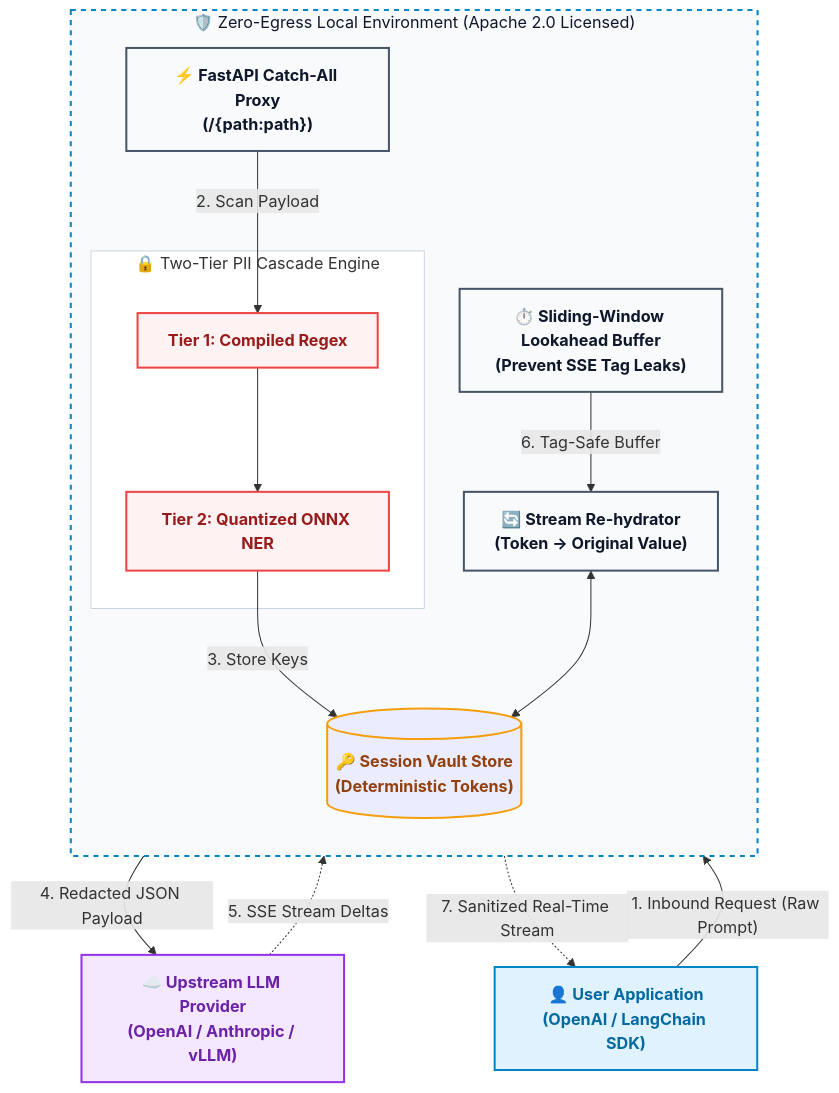
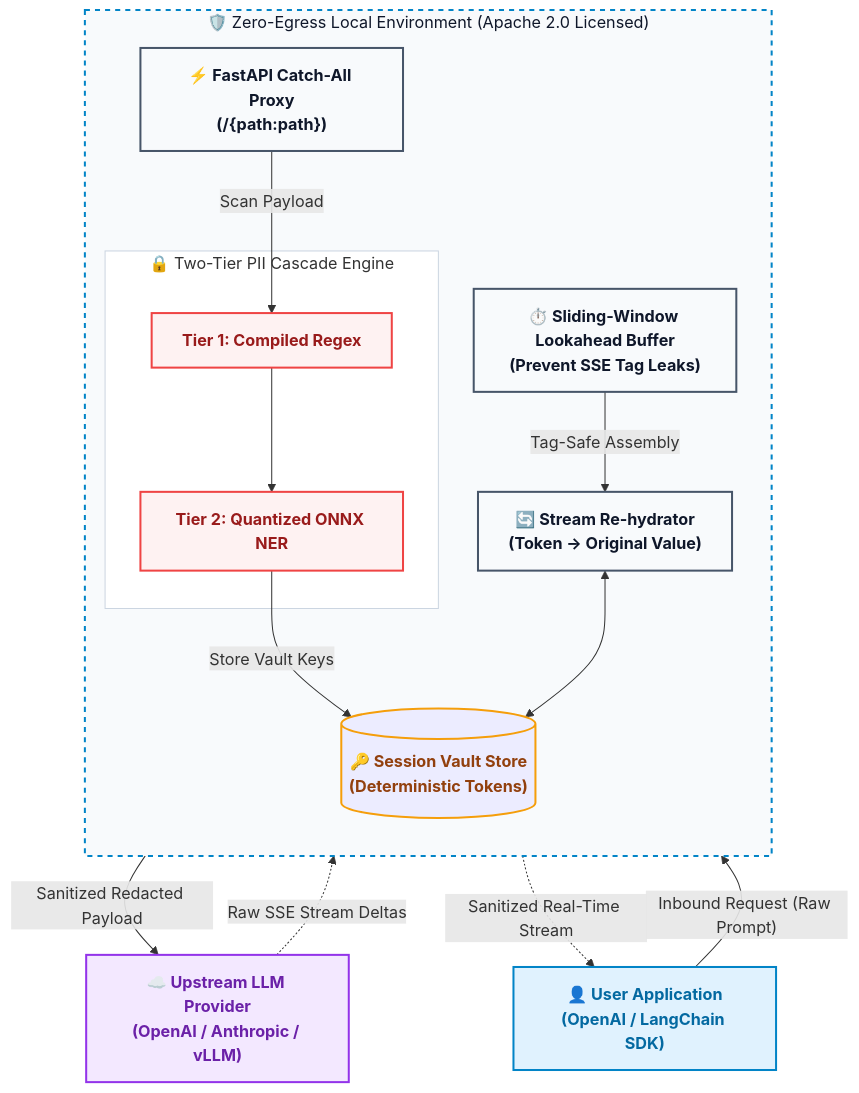
The diagram in README.md (ninadphalak/LLM-Shield-Proxy), drawn with Mermaid before and after one commit.

Commit message:
docs: clean up Mermaid diagram edge labels to prevent text truncation

````diff
--- a/README.md
+++ b/README.md
@@ -17,42 +17,42 @@
 ```mermaid
 flowchart TD
     classDef client fill:#e0f2fe,stroke:#0284c7,stroke-width:2px,color:#0369a1,font-weight:bold;
     classDef proxyEngine fill:#f8fafc,stroke:#475569,stroke-width:2px,color:#0f172a,font-weight:bold;
     classDef piiSecurity fill:#fef2f2,stroke:#ef4444,stroke-width:2px,color:#991b1b,font-weight:bold;
     classDef vault fill:#fffbebe,stroke:#f59e0b,stroke-width:2px,color:#92400e,font-weight:bold;
     classDef upstream fill:#f3e8ff,stroke:#9333ea,stroke-width:2px,color:#6b21a8,font-weight:bold;
 
     UserApp["👤 User Application\n(OpenAI / LangChain SDK)"]:::client
 
     subgraph SecurityMoat ["🛡️ Zero-Egress Local Environment (Apache 2.0 Licensed)"]
         direction TD
         FastAPIProxy["⚡ FastAPI Catch-All Proxy\n(/{path:path})"]:::proxyEngine
 
         subgraph CascadeEngine ["🔒 Two-Tier PII Cascade Engine"]
             Tier1["Tier 1: Compiled Regex"]:::piiSecurity
             Tier2["Tier 2: Quantized ONNX NER"]:::piiSecurity
             Tier1 --> Tier2
         end
 
         VaultStore[("🔑 Session Vault Store\n(Deterministic Tokens)")]:::vault
         LookaheadBuffer["⏱️ Sliding-Window Lookahead Buffer\n(Prevent SSE Tag Leaks)"]:::proxyEngine
         Rehydrator["🔄 Stream Re-hydrator\n(Token -> Original Value)"]:::proxyEngine
     end
 
     UpstreamLLM["☁️ Upstream LLM Provider\n(OpenAI / Anthropic / vLLM)"]:::upstream
 
     %% Inbound Flow (Prompt Sanitization)
-    UserApp -- "1. Inbound Request (Raw Prompt)" --> FastAPIProxy
-    FastAPIProxy -- "2. Scan Payload" --> Tier1
-    Tier2 -- "3. Store Keys" --> VaultStore
-    Tier2 -- "4. Redacted JSON Payload" --> UpstreamLLM
+    UserApp -- "Inbound Request (Raw Prompt)" --> FastAPIProxy
+    FastAPIProxy -- "Scan Payload" --> Tier1
+    Tier2 -- "Store Vault Keys" --> VaultStore
+    Tier2 -- "Sanitized Redacted Payload" --> UpstreamLLM
 
     %% Outbound Flow (Streaming De-redaction)
-    UpstreamLLM -. "5. SSE Stream Deltas" .-> LookaheadBuffer
-    LookaheadBuffer -- "6. Tag-Safe Buffer" --> Rehydrator
+    UpstreamLLM -. "Raw SSE Stream Deltas" .-> LookaheadBuffer
+    LookaheadBuffer -- "Tag-Safe Assembly" --> Rehydrator
     Rehydrator <--> VaultStore
-    Rehydrator -. "7. Sanitized Real-Time Stream" .-> UserApp
+    Rehydrator -. "Sanitized Real-Time Stream" .-> UserApp
 
     style SecurityMoat fill:#f8fafc,stroke:#0284c7,stroke-width:2px,stroke-dasharray: 5 5,color:#0f172a
     style CascadeEngine fill:#ffffff,stroke:#cbd5e1,stroke-width:1px
 ```
````
